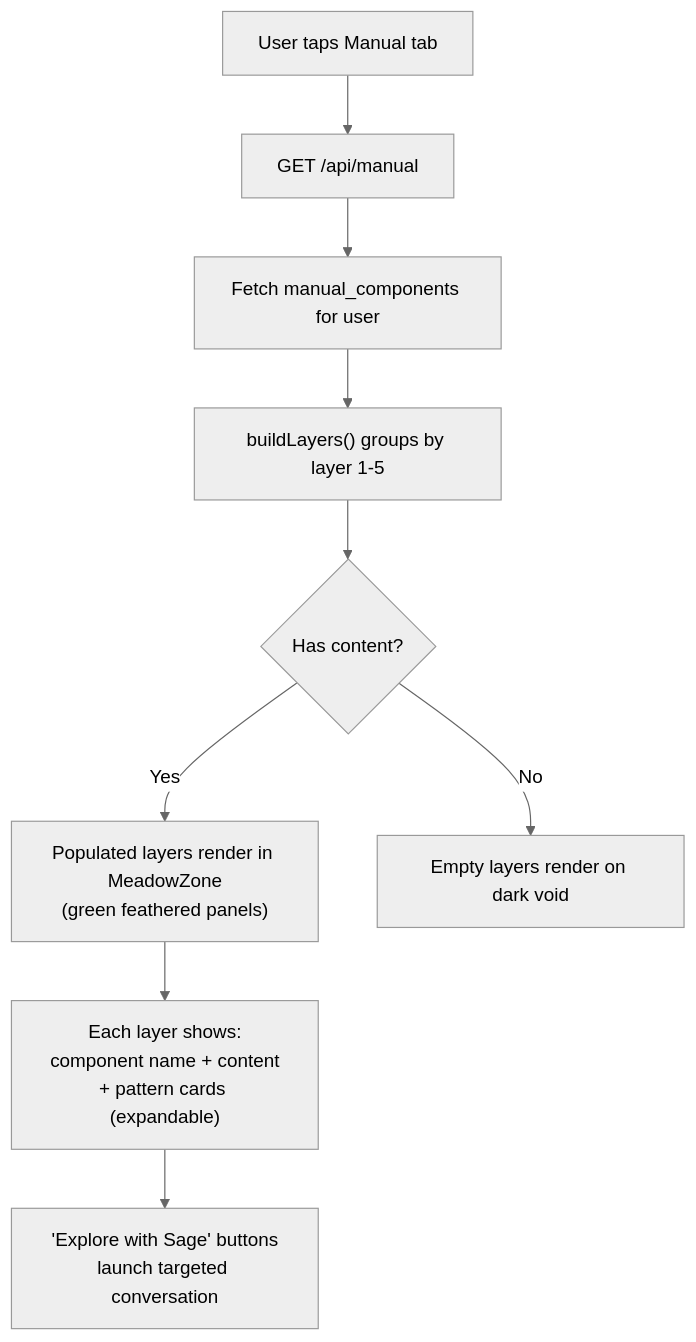
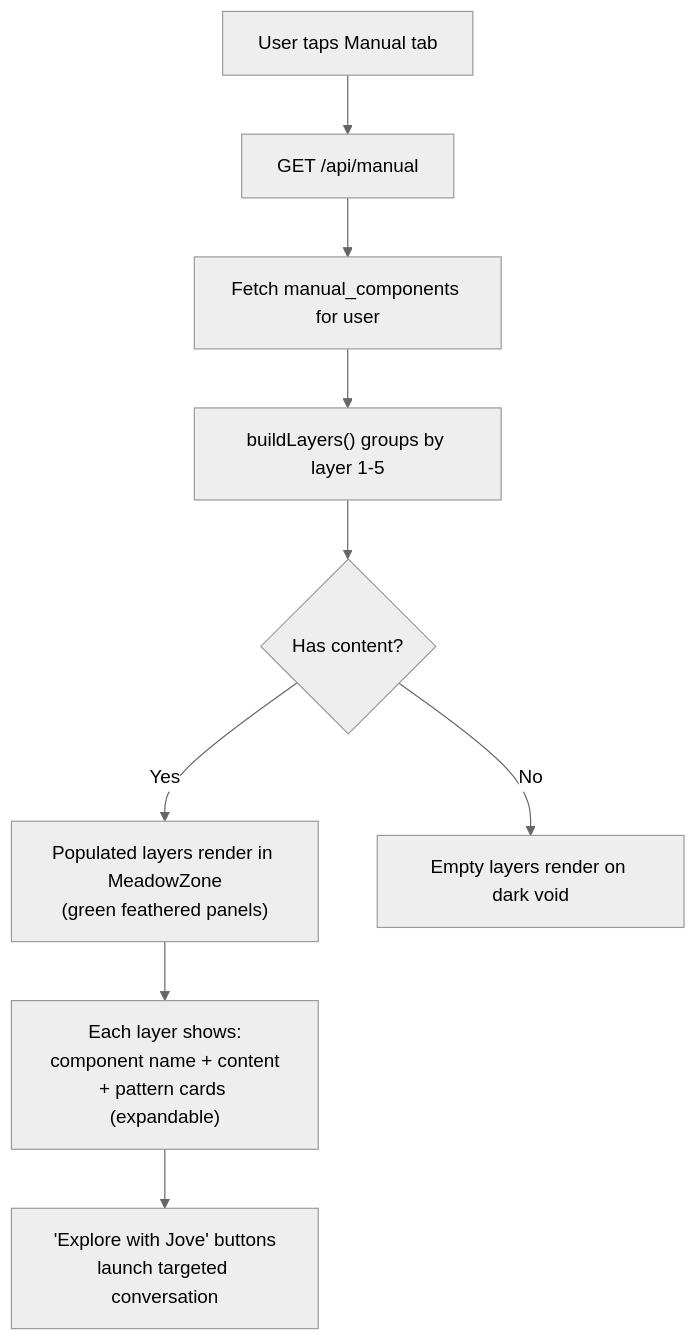
One commit to h2onation/mantle changed the fifth of 7 diagrams in .claude/diagrams/user-flows.md. Above: the diagram before and after it, drawn with Mermaid (neutral theme). The commit also changed other lines of this file and 16 other files, not shown here.

````diff
--- a/.claude/diagrams/user-flows.md
+++ b/.claude/diagrams/user-flows.md
@@ -66,11 +66,11 @@
 ```mermaid
 flowchart TD
     A["User taps Manual tab"] --> B["GET /api/manual"]
     B --> C["Fetch manual_components for user"]
     C --> D["buildLayers() groups by layer 1-5"]
     D --> E{Has content?}
     E -- Yes --> F["Populated layers render in MeadowZone<br/>(green feathered panels)"]
     E -- No --> G["Empty layers render on dark void"]
     F --> H["Each layer shows:<br/>component name + content<br/>+ pattern cards (expandable)"]
-    H --> I["'Explore with Sage' buttons<br/>launch targeted conversation"]
+    H --> I["'Explore with Jove' buttons<br/>launch targeted conversation"]
 ```
````
